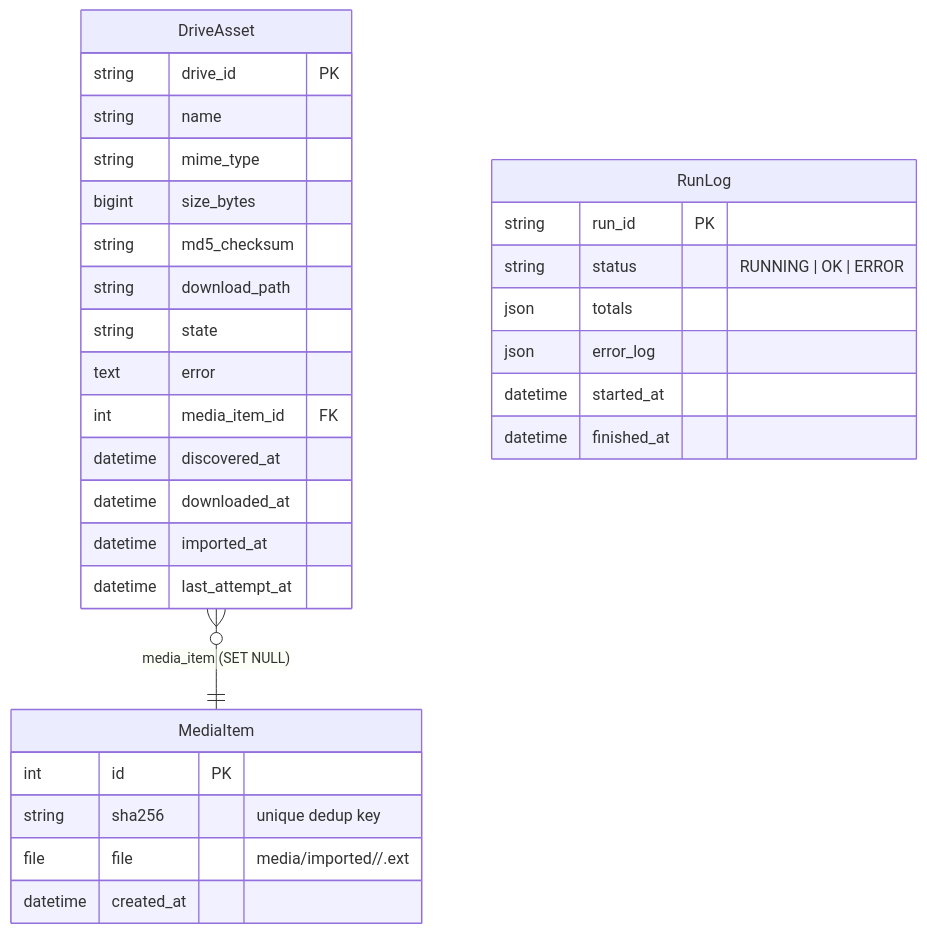
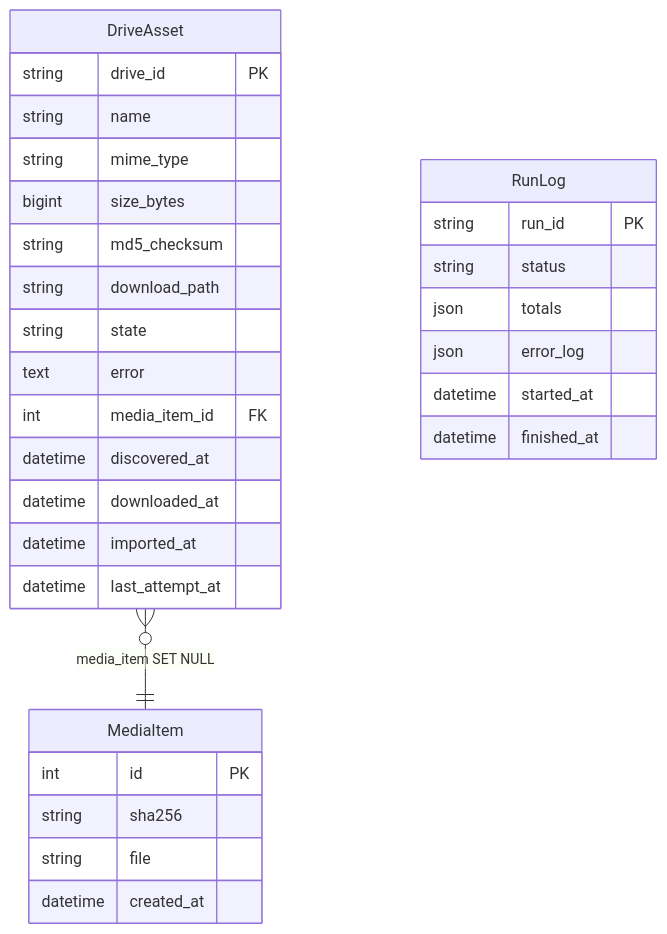
One commit to devadalberto/backdeezup changed the third of 4 diagrams in shared_context.md. Above: the diagram before and after it, drawn with Mermaid. The commit also changed other lines of this file and 6 other files, not shown here.

First line of the commit message:
chore: release v0.4.0 - CI workflow, Playwright, fixed diagrams and Pages

````diff
--- a/shared_context.md
+++ b/shared_context.md
@@ -58,33 +53,33 @@
 ```mermaid
 erDiagram
     DriveAsset {
         string   drive_id       PK
         string   name
         string   mime_type
         bigint   size_bytes
         string   md5_checksum
         string   download_path
         string   state
         text     error
         int      media_item_id  FK
         datetime discovered_at
         datetime downloaded_at
         datetime imported_at
         datetime last_attempt_at
     }
     MediaItem {
-        int      id       PK
-        string   sha256   "unique dedup key"
-        file     file     "media/imported/<sha[:2]>/<sha>.ext"
+        int      id         PK
+        string   sha256
+        string   file
         datetime created_at
     }
     RunLog {
-        string   run_id      PK
-        string   status      "RUNNING | OK | ERROR"
+        string   run_id     PK
+        string   status
         json     totals
         json     error_log
         datetime started_at
         datetime finished_at
     }
-    DriveAsset }o--|| MediaItem : "media_item (SET NULL)"
+    DriveAsset }o--|| MediaItem : "media_item SET NULL"
 ```
````
